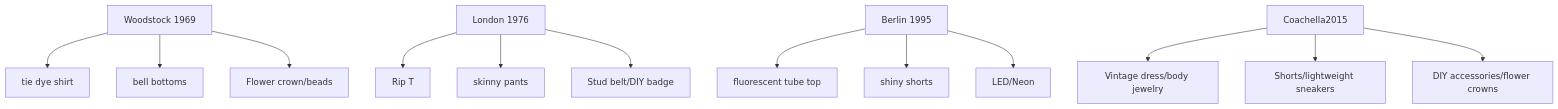
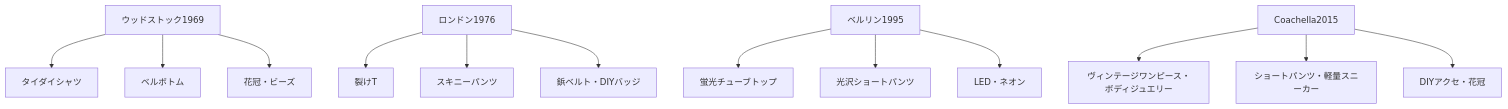
One commit to monumental-movement/monumental-movement.github.io changed the eighth of 8 diagrams in en/_posts/2026-02-14-column-festival-fashion.md. Above: the diagram before and after it, drawn with Mermaid. The commit also changed other lines of this file and 2196 other files, not shown here.

```diff
--- a/en/_posts/2026-02-14-column-festival-fashion.md
+++ b/en/_posts/2026-02-14-column-festival-fashion.md
@@ -228,15 +228,15 @@
 <div class="mermaid">
 graph TD
-    Woodstock["Woodstock 1969"] --> Top1[tie dye shirt]
-    Woodstock --> Bottom1[bell bottoms]
-    Woodstock --> Acc1[Flower crown/beads]
-    PunkLondon["London 1976"] --> Top2[Rip T]
-    PunkLondon --> Bottom2[skinny pants]
-    PunkLondon --> Acc2[Stud belt/DIY badge]
-    BerlinRave["Berlin 1995"] --> Top3[fluorescent tube top]
-    BerlinRave --> Bottom3[shiny shorts]
-    BerlinRave --> Acc3[LED/Neon]
-    Coachella["Coachella2015"] --> Top4[Vintage dress/body jewelry]
-    Coachella --> Bottom4[Shorts/lightweight sneakers]
-    Coachella --> Acc4[DIY accessories/flower crowns]
+    Woodstock["ウッドストック1969"] --> Top1[タイダイシャツ]
+    Woodstock --> Bottom1[ベルボトム]
+    Woodstock --> Acc1[花冠・ビーズ]
+    PunkLondon["ロンドン1976"] --> Top2[裂けT]
+    PunkLondon --> Bottom2[スキニーパンツ]
+    PunkLondon --> Acc2[鋲ベルト・DIYバッジ]
+    BerlinRave["ベルリン1995"] --> Top3[蛍光チューブトップ]
+    BerlinRave --> Bottom3[光沢ショートパンツ]
+    BerlinRave --> Acc3[LED・ネオン]
+    Coachella["Coachella2015"] --> Top4[ヴィンテージワンピース・ボディジュエリー]
+    Coachella --> Bottom4[ショートパンツ・軽量スニーカー]
+    Coachella --> Acc4[DIYアクセ・花冠]
 </div>
```
